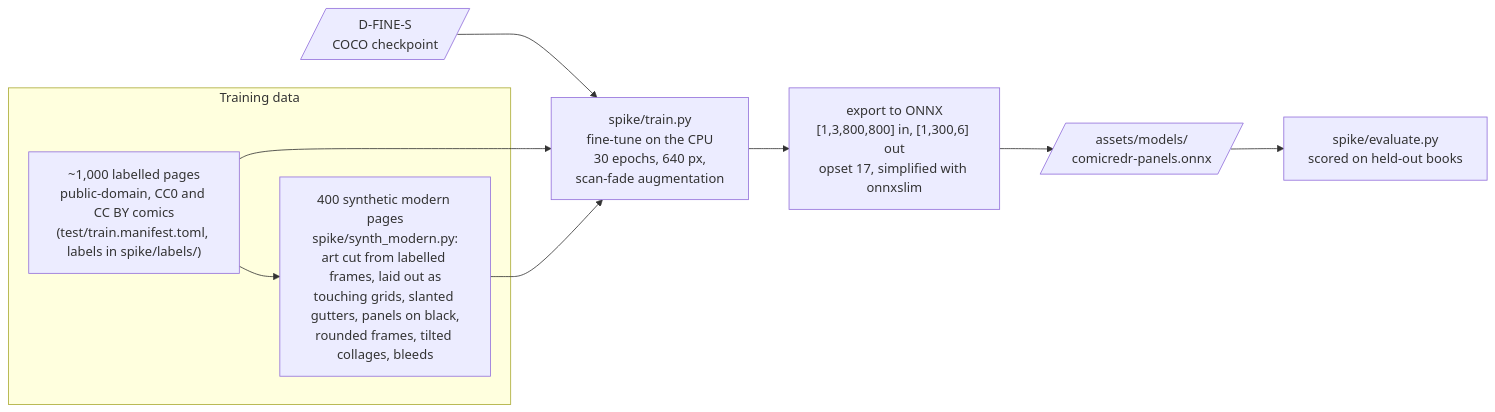
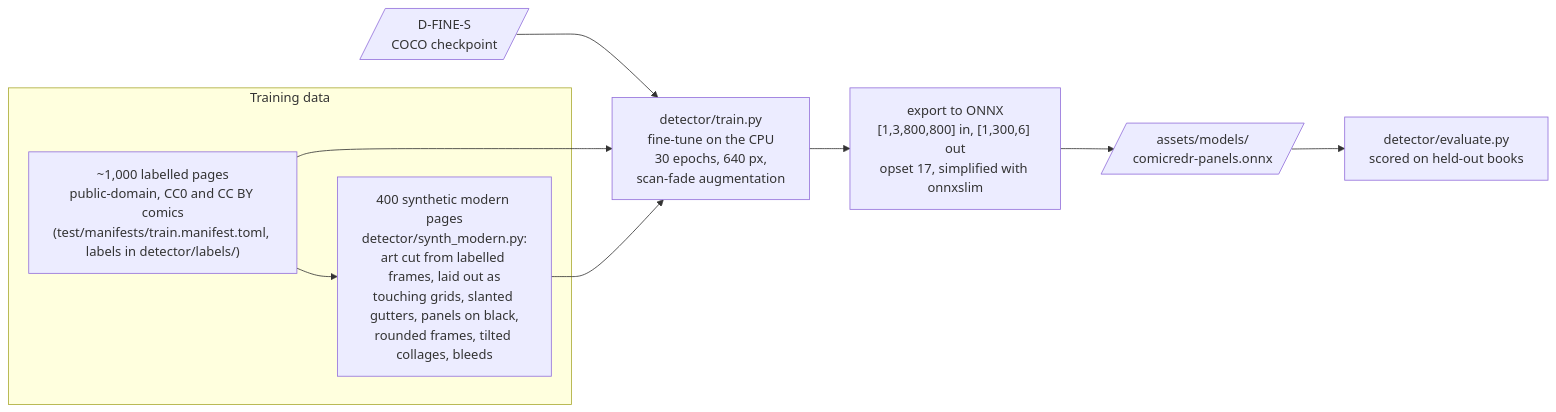
One commit to snonux/comicredr changed the eighth of 11 diagrams in docs/architecture.md. Above: the diagram before and after it, drawn with Mermaid. The commit also changed other lines of this file and 1741 other files, not shown here.

````diff
--- a/docs/architecture.md
+++ b/docs/architecture.md
@@ -357,14 +357,14 @@
 ```mermaid
 flowchart LR
   subgraph data["Training data"]
-    real["~1,000 labelled pages<br/>public-domain, CC0 and CC BY comics<br/>(test/train.manifest.toml, labels in spike/labels/)"]
-    synth["400 synthetic modern pages<br/>spike/synth_modern.py:<br/>art cut from labelled frames, laid out as<br/>touching grids, slanted gutters, panels on black,<br/>rounded frames, tilted collages, bleeds"]
+    real["~1,000 labelled pages<br/>public-domain, CC0 and CC BY comics<br/>(test/manifests/train.manifest.toml, labels in detector/labels/)"]
+    synth["400 synthetic modern pages<br/>detector/synth_modern.py:<br/>art cut from labelled frames, laid out as<br/>touching grids, slanted gutters, panels on black,<br/>rounded frames, tilted collages, bleeds"]
     real --> synth
   end
   base[/"D-FINE-S<br/>COCO checkpoint"/] --> train
-  real --> train["spike/train.py<br/>fine-tune on the CPU<br/>30 epochs, 640 px,<br/>scan-fade augmentation"]
+  real --> train["detector/train.py<br/>fine-tune on the CPU<br/>30 epochs, 640 px,<br/>scan-fade augmentation"]
   synth --> train
   train --> export["export to ONNX<br/>[1,3,800,800] in, [1,300,6] out<br/>opset 17, simplified with onnxslim"]
   export --> ship[/"assets/models/<br/>comicredr-panels.onnx"/]
-  ship --> eval["spike/evaluate.py<br/>scored on held-out books"]
+  ship --> eval["detector/evaluate.py<br/>scored on held-out books"]
 ```
````
